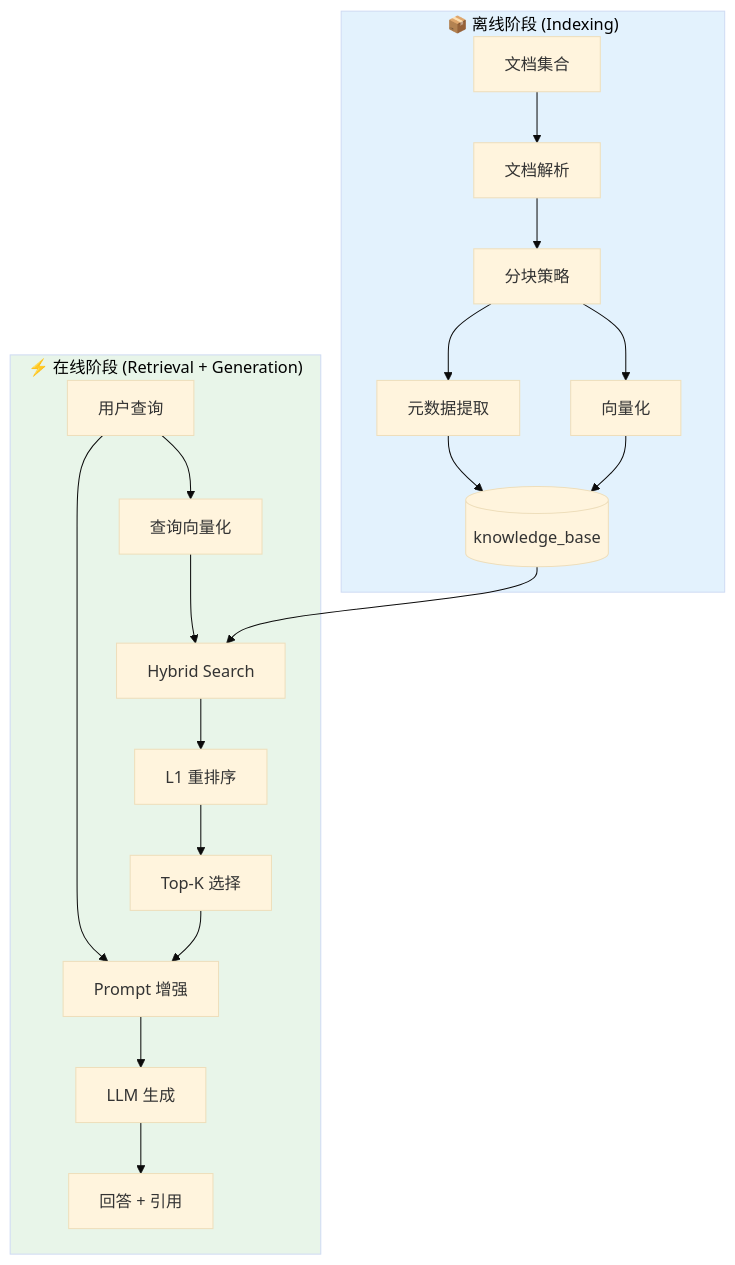
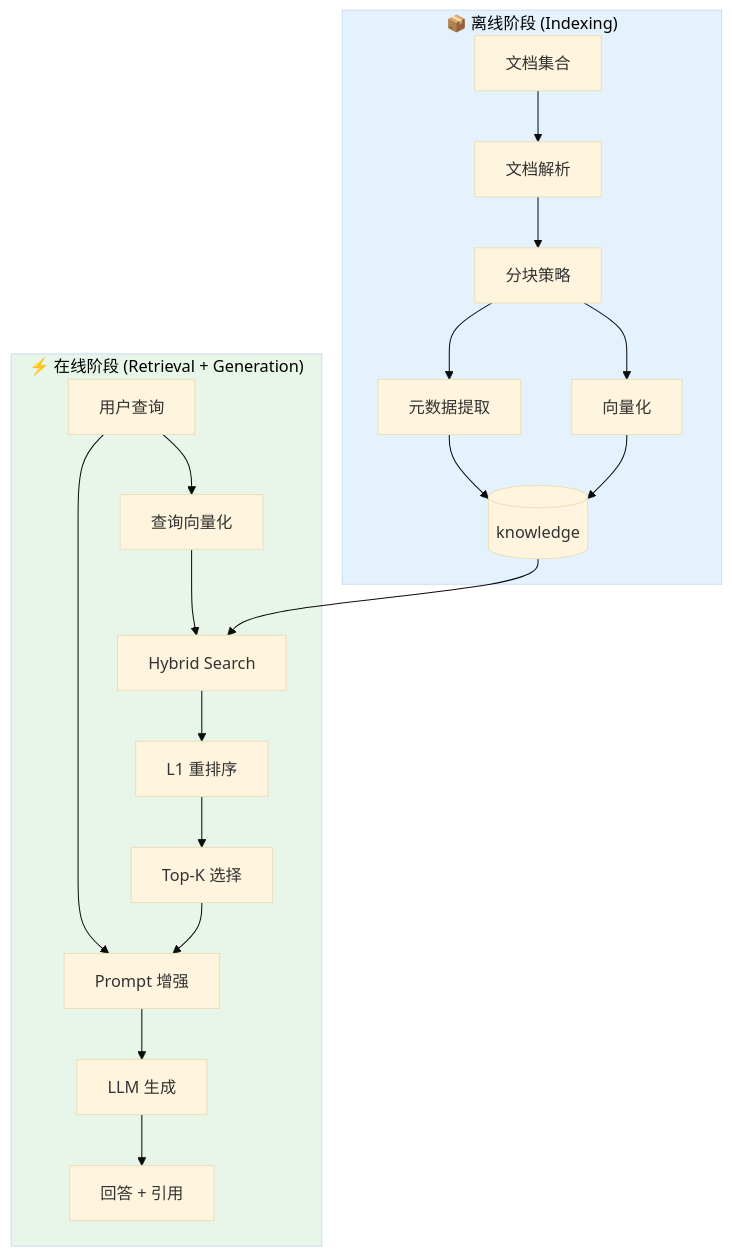
One commit to ThreeFish-AI/agentic-ai-cognizes changed the fifth of 11 diagrams in docs/engine/030-the-perception.md. Above: the diagram before and after it, drawn with Mermaid (base theme). The commit also changed other lines of this file, not shown here.

First line of the commit message:
refactor(perception): 重命名 knowledge_base 表为 knowledge;

````diff
--- a/docs/engine/030-the-perception.md
+++ b/docs/engine/030-the-perception.md
@@ -945,26 +945,26 @@
 ```mermaid
 flowchart TB
     subgraph 离线阶段["📦 离线阶段 (Indexing)"]
         D[文档集合] --> Parse[文档解析]
         Parse --> Chunk[分块策略]
         Chunk --> Embed[向量化]
-        Embed --> Index[(knowledge_base)]
+        Embed --> Index[(knowledge)]
         Chunk --> Meta[元数据提取]
         Meta --> Index
     end
 
     subgraph 在线阶段["⚡ 在线阶段 (Retrieval + Generation)"]
         Q[用户查询] --> QEmbed[查询向量化]
         QEmbed --> Search[Hybrid Search]
         Index --> Search
         Search --> Rerank[L1 重排序]
         Rerank --> Select[Top-K 选择]
         Select --> Augment[Prompt 增强]
         Q --> Augment
         Augment --> LLM[LLM 生成]
         LLM --> Answer[回答 + 引用]
     end
 
     style 离线阶段 fill:#e3f2fd,color:#000
     style 在线阶段 fill:#e8f5e9,color:#000
 ```
````
